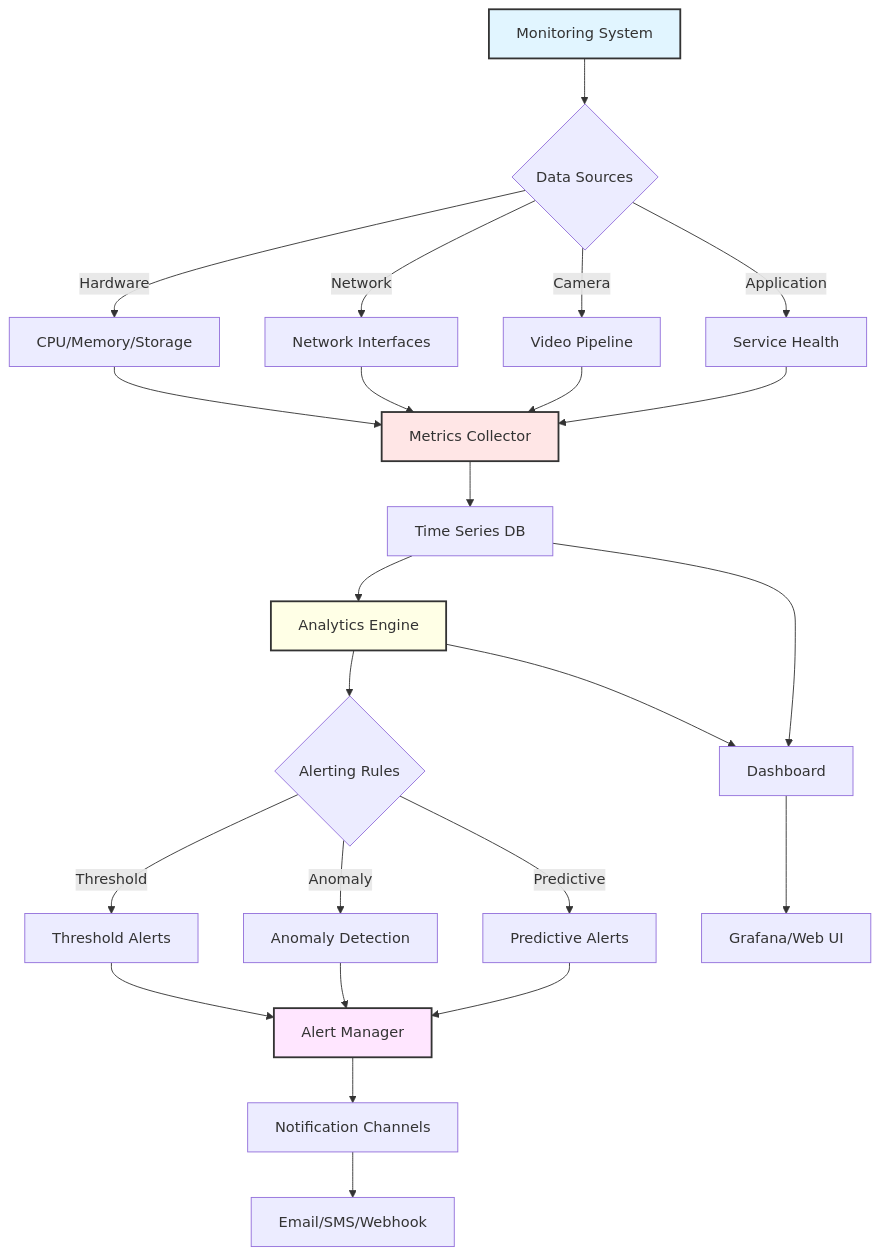
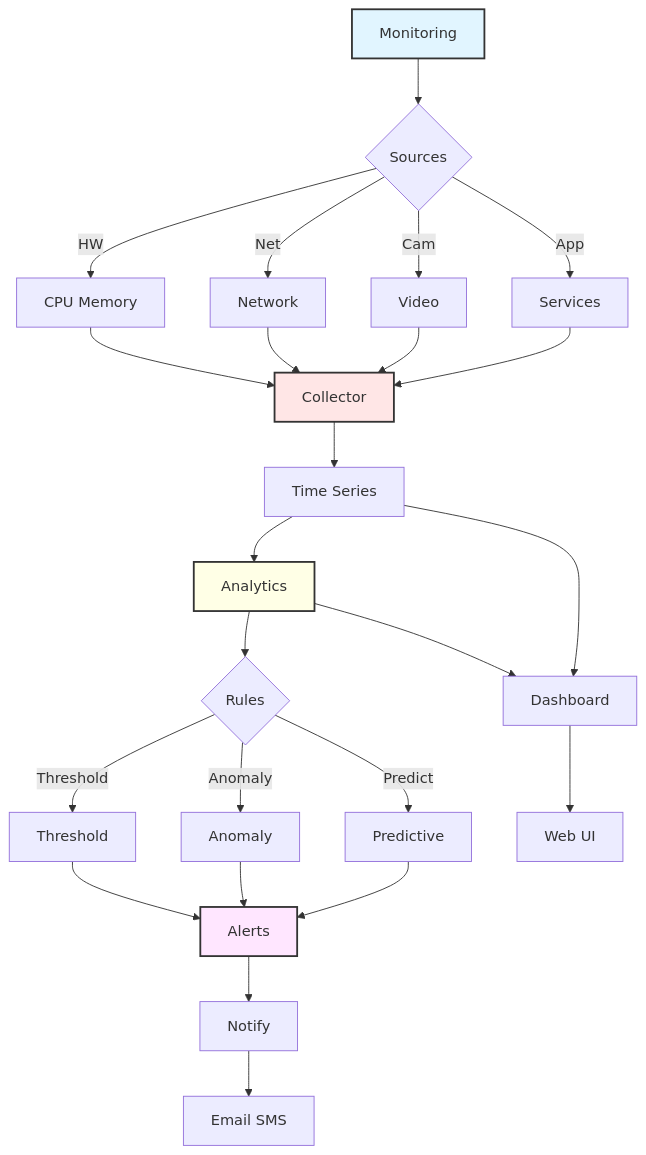
Before and after one commit to JayeshKakkad-Rotoclear/Rotoclear-C-Pro-Docs: the diagram in docs/operations/monitoring.md, drawn with Mermaid. The commit also changed 16 other files, not shown here.

Commit message:
Fix Mermaid diagram text overflow issues - Simplified all node labels to prevent text cutoff - Removed line breaks from node text - Shortened labels while maintaining clarity - Fixed all diagrams to display properly on website

````diff
--- a/docs/operations/monitoring.md
+++ b/docs/operations/monitoring.md
@@ -9,38 +9,38 @@
 ```mermaid
 graph TB
-    A[Monitoring System] --> B{Data Sources}
+    A[Monitoring] --> B{Sources}
     
-    B -->|Hardware| C[CPU/Memory/Storage]
-    B -->|Network| D[Network Interfaces]
-    B -->|Camera| E[Video Pipeline]
-    B -->|Application| F[Service Health]
+    B -->|HW| C[CPU Memory]
+    B -->|Net| D[Network]
+    B -->|Cam| E[Video]
+    B -->|App| F[Services]
     
-    C --> G[Metrics Collector]
+    C --> G[Collector]
     D --> G
     E --> G
     F --> G
     
-    G --> H[Time Series DB]
-    H --> I[Analytics Engine]
+    G --> H[Time Series]
+    H --> I[Analytics]
     
-    I --> J{Alerting Rules}
-    J -->|Threshold| K[Threshold Alerts]
-    J -->|Anomaly| L[Anomaly Detection]
-    J -->|Predictive| M[Predictive Alerts]
+    I --> J{Rules}
+    J -->|Threshold| K[Threshold]
+    J -->|Anomaly| L[Anomaly]
+    J -->|Predict| M[Predictive]
     
-    K --> N[Alert Manager]
+    K --> N[Alerts]
     L --> N
     M --> N
     
-    N --> O[Notification Channels]
-    O --> P[Email/SMS/Webhook]
+    N --> O[Notify]
+    O --> P[Email SMS]
     
     H --> Q[Dashboard]
     I --> Q
-    Q --> R[Grafana/Web UI]
+    Q --> R[Web UI]
     
     style A fill:#e1f5ff,stroke:#333,stroke-width:2px
     style G fill:#ffe6e6,stroke:#333,stroke-width:2px
     style I fill:#ffffe6,stroke:#333,stroke-width:2px
     style N fill:#ffe6ff,stroke:#333,stroke-width:2px
 ```
````
